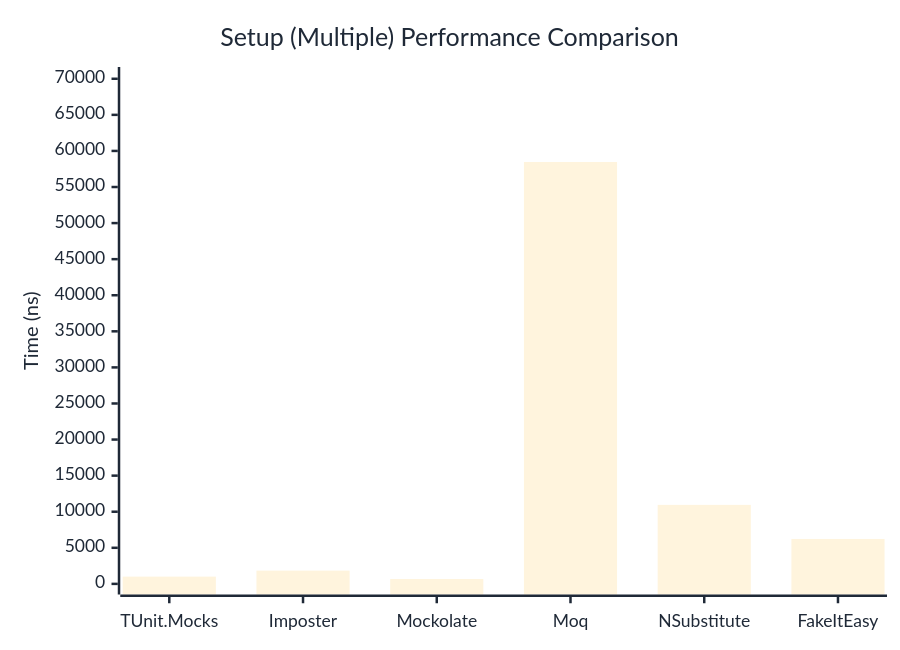
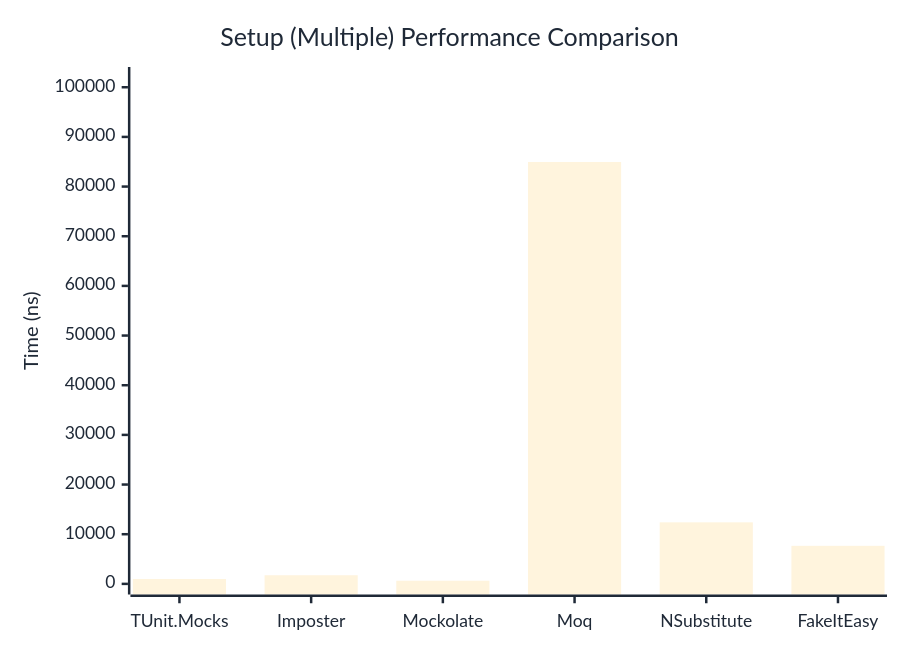
Before and after one commit to thomhurst/TUnit: the second of 2 diagrams in docs/docs/benchmarks/mocks/Setup.md, drawn with Mermaid. The commit also changed other lines of this file and 14 other files, not shown here.

````diff
--- a/docs/docs/benchmarks/mocks/Setup.md
+++ b/docs/docs/benchmarks/mocks/Setup.md
@@ -71,27 +71,27 @@
 ```mermaid
 %%{init: {
   'theme':'base',
   'themeVariables': {
     'primaryColor': '#2563eb',
     'primaryTextColor': '#1f2937',
     'primaryBorderColor': '#1e40af',
     'lineColor': '#6b7280',
     'secondaryColor': '#7c3aed',
     'tertiaryColor': '#dc2626',
     'background': '#ffffff',
     'pie1': '#2563eb',
     'pie2': '#7c3aed',
     'pie3': '#dc2626',
     'pie4': '#f59e0b',
     'pie5': '#10b981',
     'pie6': '#06b6d4',
     'pie7': '#ec4899',
     'pie8': '#6366f1'
   }
 }}%%
 xychart-beta
   title "Setup (Multiple) Performance Comparison"
   x-axis ["TUnit.Mocks", "Imposter", "Mockolate", "Moq", "NSubstitute", "FakeItEasy"]
-  y-axis "Time (ns)" 0 --> 70159
-  bar [1007.7, 1837.5, 671.3, 58465.1, 10950, 6226.3]
+  y-axis "Time (ns)" 0 --> 101936
+  bar [985.4, 1740.2, 634.8, 84946.5, 12389.8, 7662.1]
 ```
````
